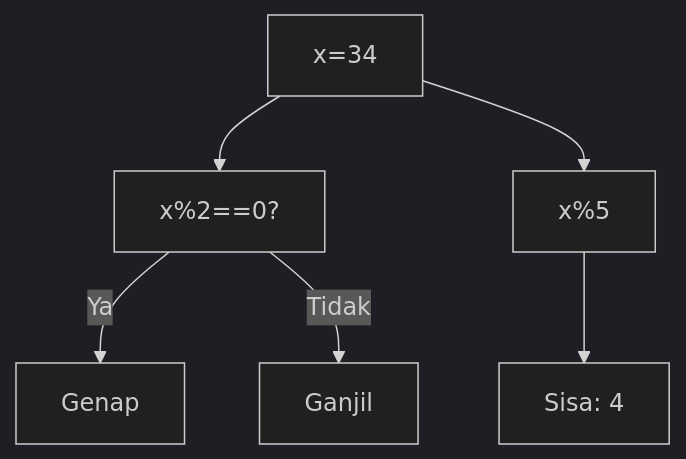
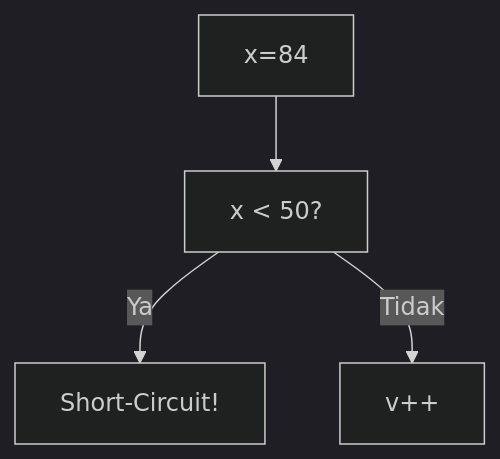
Diagram 20 of 25 in part-c-pemahaman-cpp/02-percabangan/latihan/set-04.md (amnahwaida/OSNK_INF_PREP), drawn with Mermaid (dark theme) before and after one commit. The commit also changed other lines of this file and 71 other files, not shown here.

````diff
--- a/part-c-pemahaman-cpp/02-percabangan/latihan/set-04.md
+++ b/part-c-pemahaman-cpp/02-percabangan/latihan/set-04.md
@@ -627,8 +560,6 @@
 ```mermaid
 graph TD
-A["x=34"] --> B["x%2==0?"]
-B -- Ya --> C["Genap"]
-B -- Tidak --> D["Ganjil"]
-A --> E["x%5"]
-E --> F["Sisa: 4"]
+A["x=84"] --> B["x < 50?"]
+B -- Ya --> C["Short-Circuit!"]
+B -- Tidak --> D["v++"]
 ```
````
